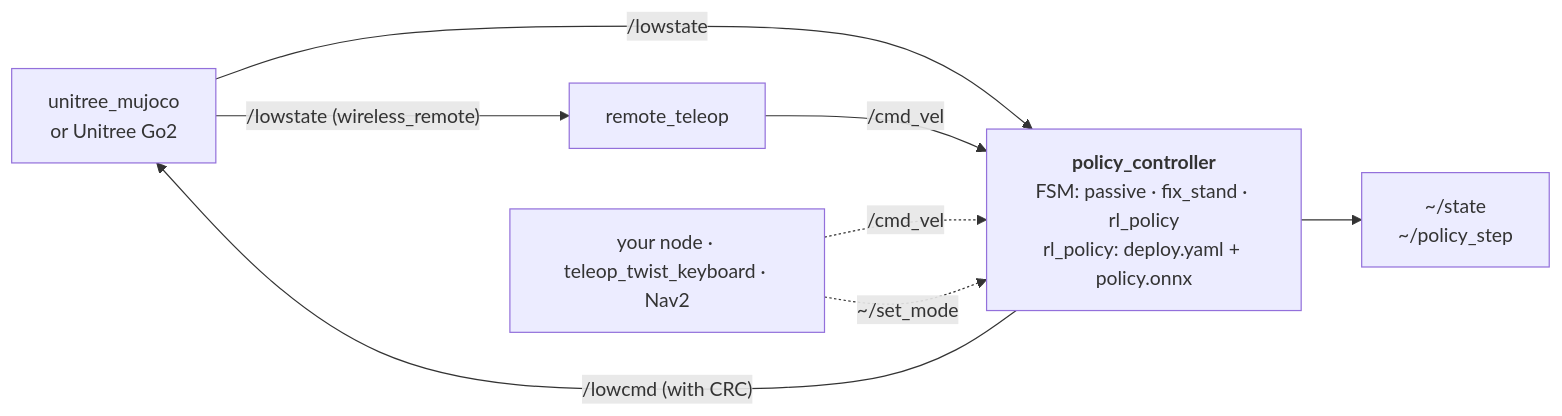
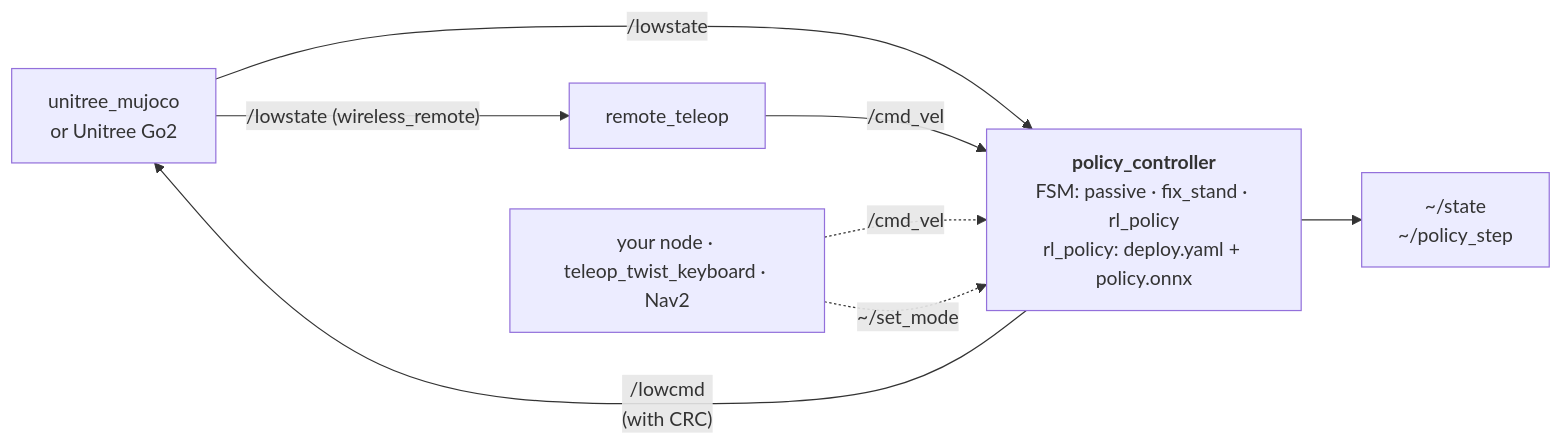
One commit to pavelmino44/go2_policy_runner changed the diagram in README.md. Above: the diagram before and after it, drawn with Mermaid. The commit also changed other lines of this file, not shown here.

````diff
--- a/README.md
+++ b/README.md
@@ -47,16 +47,16 @@
 ```mermaid
 flowchart LR
     robot["unitree_mujoco<br/>or Unitree Go2"]
     ctrl["<b>policy_controller</b><br/>FSM: passive · fix_stand · rl_policy<br/>rl_policy: deploy.yaml + policy.onnx"]
     teleop["remote_teleop"]
     user["your node · teleop_twist_keyboard · Nav2"]
     out["~/state<br/>~/policy_step"]
 
     robot -- "/lowstate" --> ctrl
-    ctrl -- "/lowcmd (with CRC)" --> robot
+    ctrl -- "/lowcmd<br/>(with CRC)" --> robot
     robot -- "/lowstate (wireless_remote)" --> teleop
     teleop -- "/cmd_vel" --> ctrl
     user -. "/cmd_vel" .-> ctrl
     user -. "~/set_mode" .-> ctrl
     ctrl --> out
 ```
````
